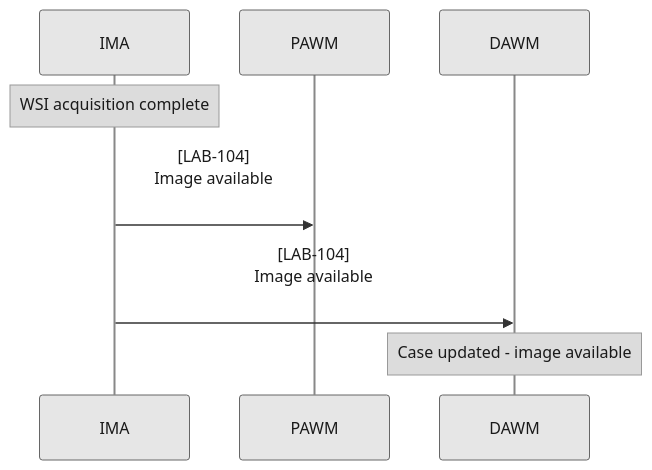
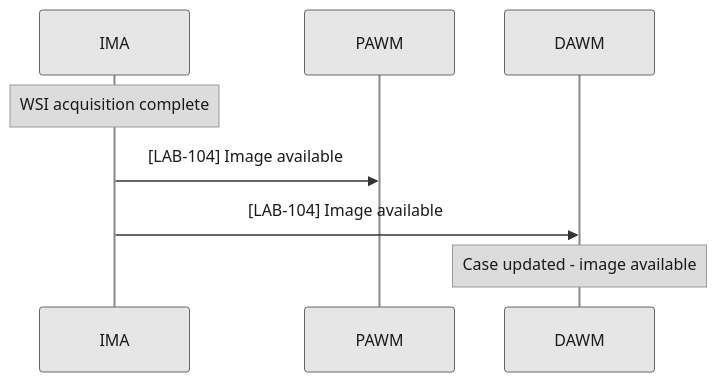
Before and after one commit to rufern/PaLM.DPOW: the eighth of 8 diagrams in input/pagecontent/volume-1.md, drawn with Mermaid. The commit also changed other lines of this file and 8 other files, not shown here.

````diff
--- a/input/pagecontent/volume-1.md
+++ b/input/pagecontent/volume-1.md
@@ -377,14 +395,14 @@
 ```mermaid
 %%{init: {"theme":"base","themeVariables":{"primaryColor":"#e6e6e6","primaryBorderColor":"#666666","primaryTextColor":"#1a1a1a","lineColor":"#555555","textColor":"#1a1a1a","mainBkg":"#e6e6e6","nodeBorder":"#666666","clusterBkg":"#f5f5f5","clusterBorder":"#999999","actorBkg":"#e6e6e6","actorBorder":"#666666","actorTextColor":"#1a1a1a","actorLineColor":"#888888","signalColor":"#333333","signalTextColor":"#1a1a1a","noteBkgColor":"#dcdcdc","noteTextColor":"#1a1a1a","noteBorderColor":"#999999","labelBoxBkgColor":"#dcdcdc","labelBoxBorderColor":"#999999","labelTextColor":"#1a1a1a","edgeLabelBackground":"#f5f5f5","sequenceNumberColor":"#1a1a1a"}}}%%
 sequenceDiagram
   participant IMA as IMA
   participant PAWM as PAWM
   participant DAWM as DAWM
 
   Note over IMA: WSI acquisition complete
 
-  IMA->>PAWM: [LAB-104]<br/>Image available<br/>
-  IMA->>DAWM: [LAB-104]<br/>Image available<br/>
+  IMA->>PAWM: [LAB-104] Image available
+  IMA->>DAWM: [LAB-104] Image available
 
   Note over DAWM: Case updated - image available
 ```
````
